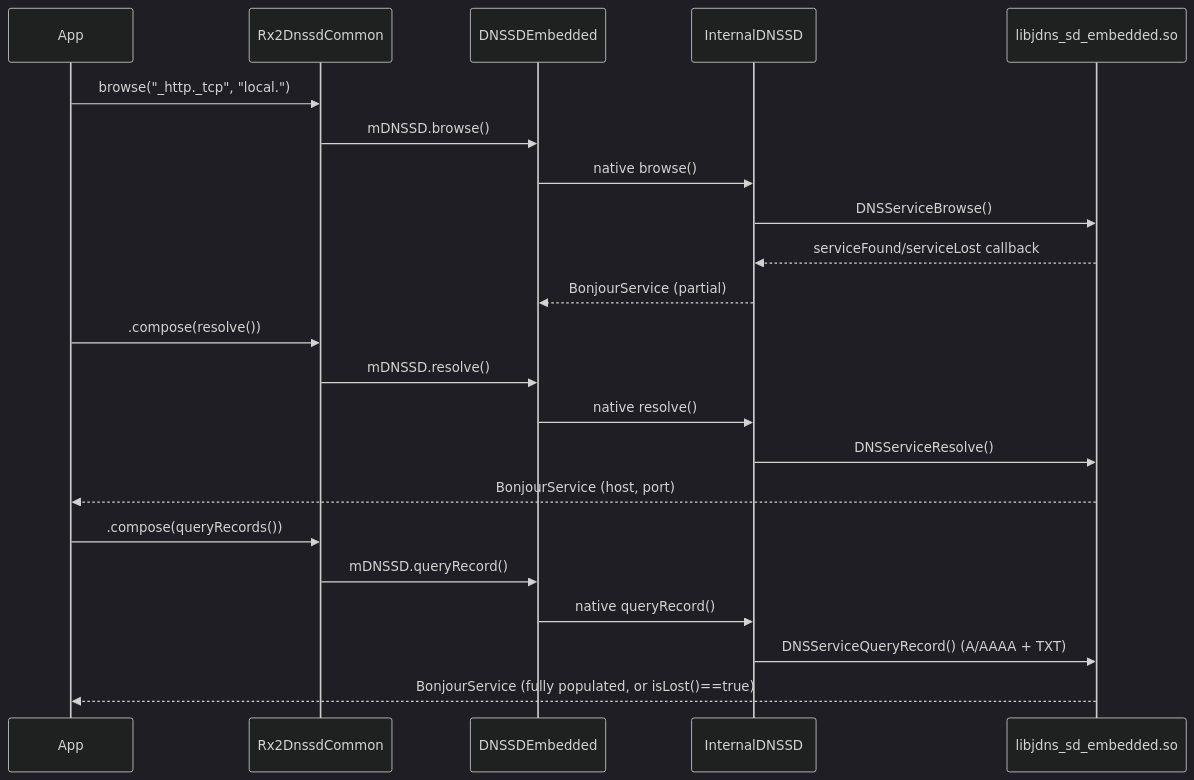
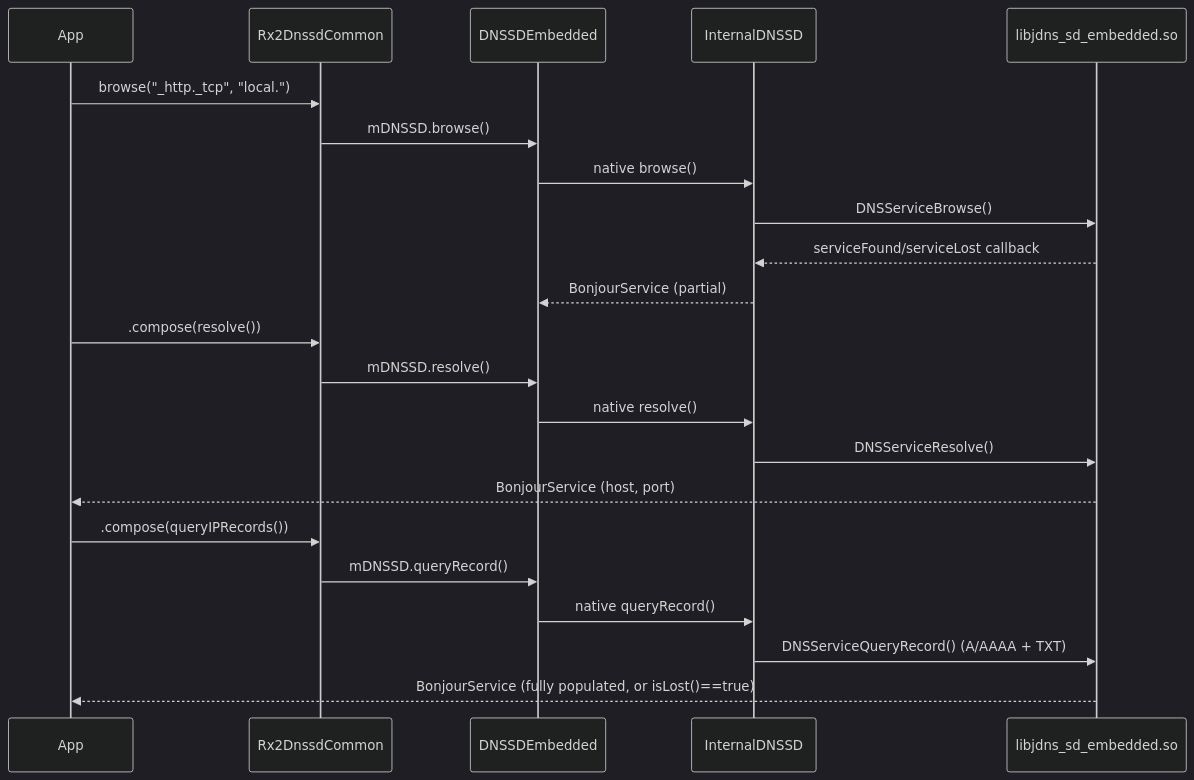
One commit to DisplayNote/RxDNSSD changed the fourth of 4 diagrams in docs/architecture.md. Above: the diagram before and after it, drawn with Mermaid (dark theme). The commit also changed 4 other files, not shown here.

````diff
--- a/docs/architecture.md
+++ b/docs/architecture.md
@@ -61,25 +61,25 @@
 ```mermaid
 sequenceDiagram
     participant App
     participant Rx2Dnssd as Rx2DnssdCommon
     participant DNSSDEmbedded
     participant InternalDNSSD
     participant Native as libjdns_sd_embedded.so
 
     App->>Rx2Dnssd: browse("_http._tcp", "local.")
     Rx2Dnssd->>DNSSDEmbedded: mDNSSD.browse()
     DNSSDEmbedded->>InternalDNSSD: native browse()
     InternalDNSSD->>Native: DNSServiceBrowse()
     Native-->>InternalDNSSD: serviceFound/serviceLost callback
     InternalDNSSD-->>DNSSDEmbedded: BonjourService (partial)
     App->>Rx2Dnssd: .compose(resolve())
     Rx2Dnssd->>DNSSDEmbedded: mDNSSD.resolve()
     DNSSDEmbedded->>InternalDNSSD: native resolve()
     InternalDNSSD->>Native: DNSServiceResolve()
     Native-->>App: BonjourService (host, port)
-    App->>Rx2Dnssd: .compose(queryRecords())
+    App->>Rx2Dnssd: .compose(queryIPRecords())
     Rx2Dnssd->>DNSSDEmbedded: mDNSSD.queryRecord()
     DNSSDEmbedded->>InternalDNSSD: native queryRecord()
     InternalDNSSD->>Native: DNSServiceQueryRecord() (A/AAAA + TXT)
     Native-->>App: BonjourService (fully populated, or isLost()==true)
 ```
````
